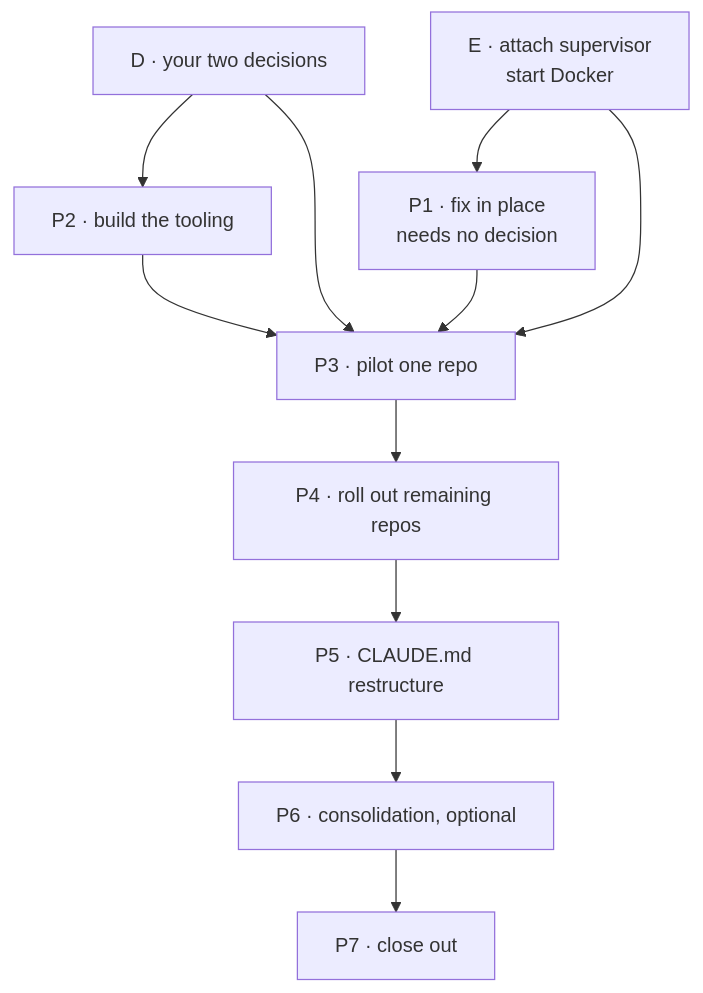
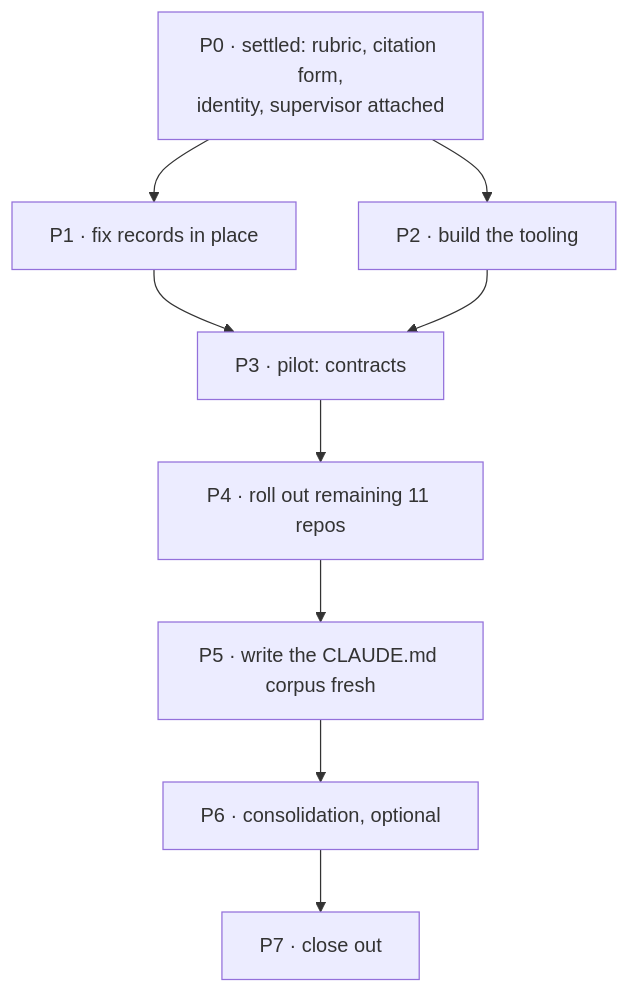
The diagram in adr-migration-audit.md (mosaic-media/architecture), drawn with Mermaid before and after one commit. The commit also changed other lines of this file, not shown here.

First line of the commit message:
Settle the plan: rubric taken, supervisor measured, identity redesigned

````diff
--- a/adr-migration-audit.md
+++ b/adr-migration-audit.md
@@ -472,13 +470,12 @@
 ```mermaid
 graph TD
-  D[D · your two decisions] --> P2[P2 · build the tooling]
-  P1[P1 · fix in place<br/>needs no decision] --> P3
-  D --> P3[P3 · pilot one repo]
+  P0[P0 · settled: rubric, citation form,<br/>identity, supervisor attached]
+  P0 --> P1[P1 · fix records in place]
+  P0 --> P2[P2 · build the tooling]
+  P1 --> P3[P3 · pilot: contracts]
   P2 --> P3
-  P3 --> P4[P4 · roll out remaining repos]
-  P4 --> P5[P5 · CLAUDE.md restructure]
+  P3 --> P4[P4 · roll out remaining 11 repos]
+  P4 --> P5[P5 · write the CLAUDE.md corpus fresh]
   P5 --> P6[P6 · consolidation, optional]
   P6 --> P7[P7 · close out]
-  E[E · attach supervisor<br/>start Docker] --> P1
-  E --> P3
 ```
````
